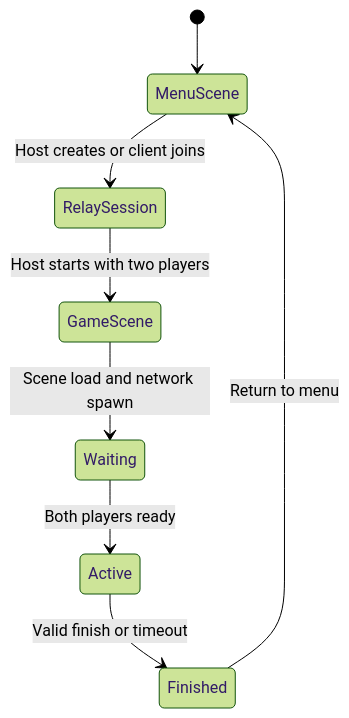
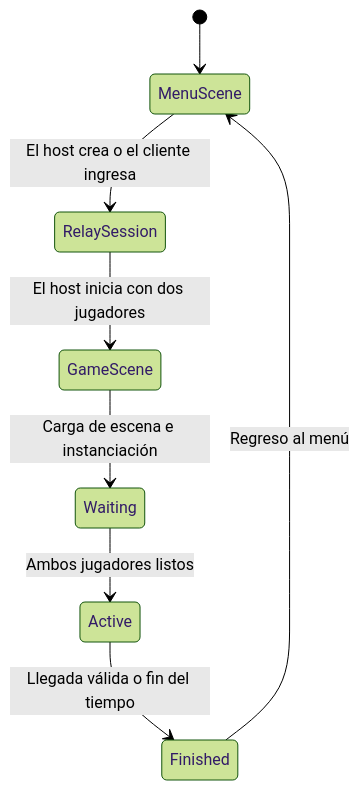
The second of 2 diagrams in docs/ARCHITECTURE.md (molinavtomas/lab-construccion-software-equipo-07), drawn with Mermaid (forest theme) before and after one commit. The commit also changed other lines of this file and 3 other files, not shown here.

````diff
--- a/docs/ARCHITECTURE.md
+++ b/docs/ARCHITECTURE.md
@@ -32,10 +32,10 @@
 ```mermaid
 stateDiagram-v2
     [*] --> MenuScene
-    MenuScene --> RelaySession: Host creates or client joins
-    RelaySession --> GameScene: Host starts with two players
-    GameScene --> Waiting: Scene load and network spawn
-    Waiting --> Active: Both players ready
-    Active --> Finished: Valid finish or timeout
-    Finished --> MenuScene: Return to menu
+    MenuScene --> RelaySession: El host crea o el cliente ingresa
+    RelaySession --> GameScene: El host inicia con dos jugadores
+    GameScene --> Waiting: Carga de escena e instanciación
+    Waiting --> Active: Ambos jugadores listos
+    Active --> Finished: Llegada válida o fin del tiempo
+    Finished --> MenuScene: Regreso al menú
 ```
````
